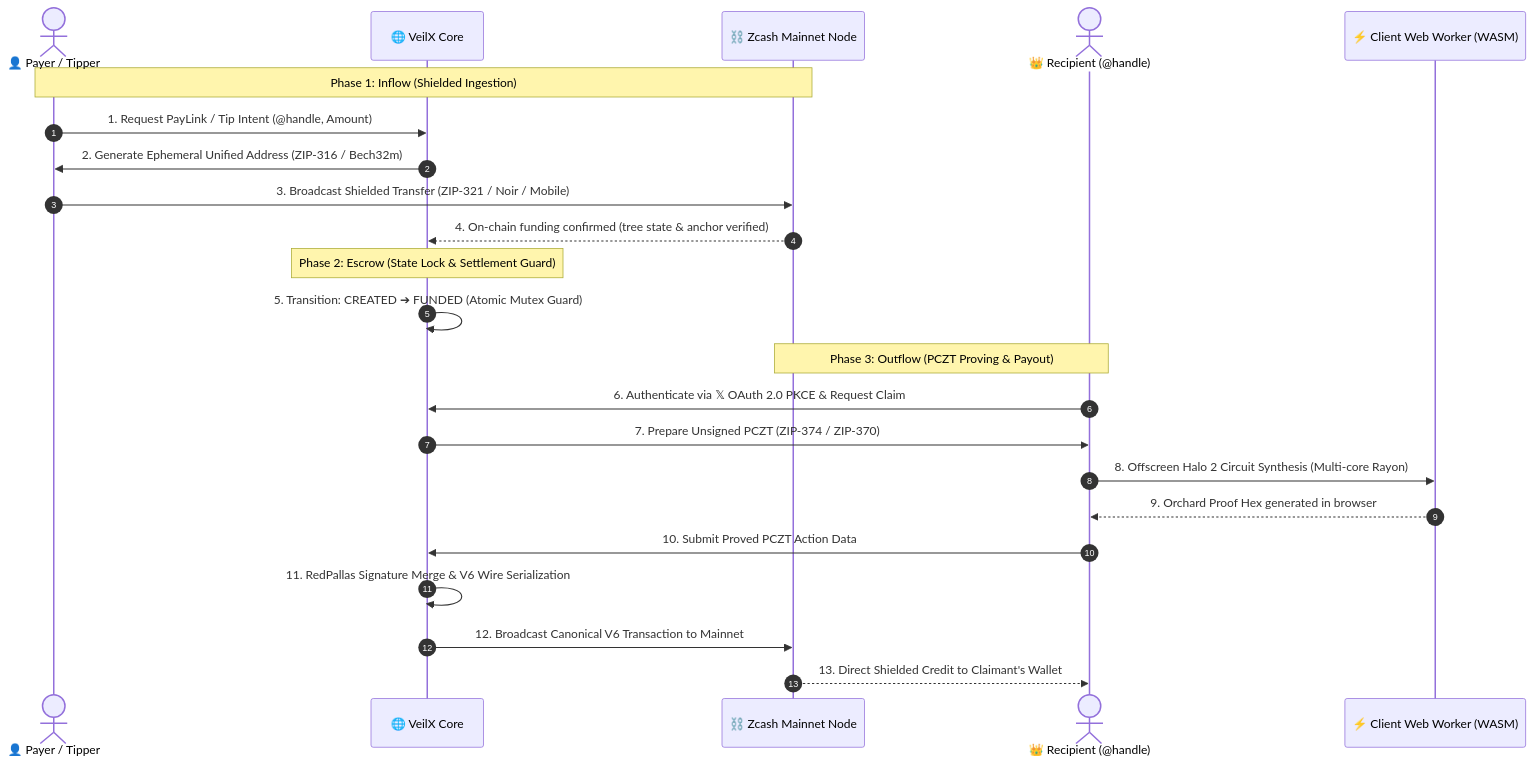
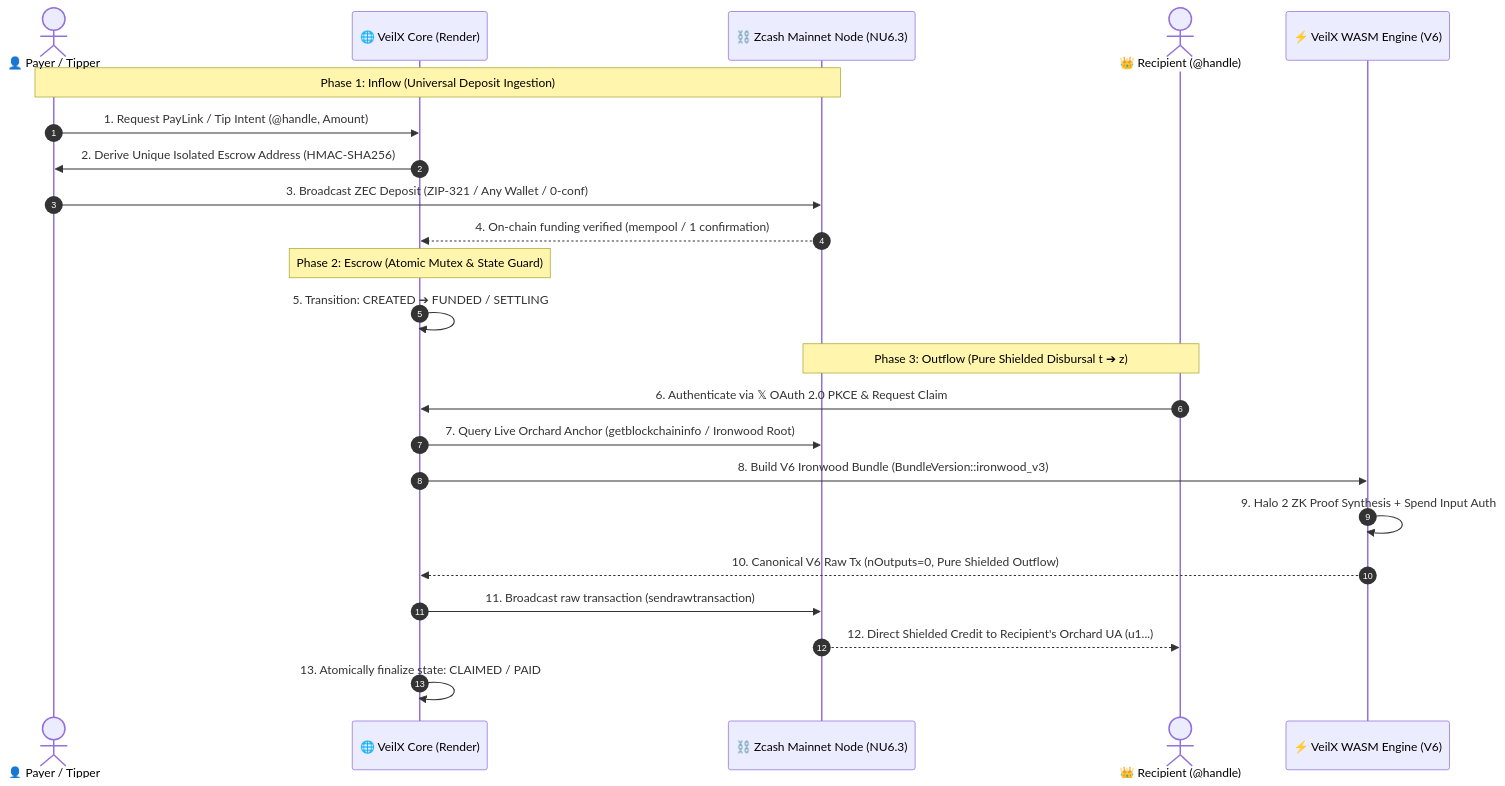
Before and after one commit to Expat-Q/VeilX: the first of 2 diagrams in README.md, drawn with Mermaid. The commit also changed other lines of this file, not shown here.

Commit message:
docs: align README architecture with deterministic escrow and V6 Ironwood shielded outflow

````diff
--- a/README.md
+++ b/README.md
@@ -92,28 +96,28 @@
 ```mermaid
 sequenceDiagram
     autonumber
     actor Payer as 👤 Payer / Tipper
-    participant VeilX as 🌐 VeilX Core
-    participant Node as ⛓️ Zcash Mainnet Node
-    actor Claimant as 👑 Recipient (@handle)
-    participant Worker as ⚡ Client Web Worker (WASM)
+    participant VeilX as 🌐 VeilX Core (Render)
+    participant Node as ⛓️ Zcash Mainnet Node (NU6.3)
+    actor Recipient as 👑 Recipient (@handle)
+    participant Wasm as ⚡ VeilX WASM Engine (V6)
 
-    Note over Payer,Node: Phase 1: Inflow (Shielded Ingestion)
+    Note over Payer,Node: Phase 1: Inflow (Universal Deposit Ingestion)
     Payer->>VeilX: 1. Request PayLink / Tip Intent (@handle, Amount)
-    VeilX->>Payer: 2. Generate Ephemeral Unified Address (ZIP-316 / Bech32m)
-    Payer->>Node: 3. Broadcast Shielded Transfer (ZIP-321 / Noir / Mobile)
-    Node-->>VeilX: 4. On-chain funding confirmed (tree state & anchor verified)
+    VeilX->>Payer: 2. Derive Unique Isolated Escrow Address (HMAC-SHA256)
+    Payer->>Node: 3. Broadcast ZEC Deposit (ZIP-321 / Any Wallet / 0-conf)
+    Node-->>VeilX: 4. On-chain funding verified (mempool / 1 confirmation)
 
-    Note over VeilX: Phase 2: Escrow (State Lock & Settlement Guard)
-    VeilX->>VeilX: 5. Transition: CREATED ➔ FUNDED (Atomic Mutex Guard)
+    Note over VeilX: Phase 2: Escrow (Atomic Mutex & State Guard)
+    VeilX->>VeilX: 5. Transition: CREATED ➔ FUNDED / SETTLING
 
-    Note over Claimant,Node: Phase 3: Outflow (PCZT Proving & Payout)
-    Claimant->>VeilX: 6. Authenticate via 𝕏 OAuth 2.0 PKCE & Request Claim
-    VeilX->>Claimant: 7. Prepare Unsigned PCZT (ZIP-374 / ZIP-370)
-    Claimant->>Worker: 8. Offscreen Halo 2 Circuit Synthesis (Multi-core Rayon)
-    Worker-->>Claimant: 9. Orchard Proof Hex generated in browser
-    Claimant->>VeilX: 10. Submit Proved PCZT Action Data
-    VeilX->>VeilX: 11. RedPallas Signature Merge & V6 Wire Serialization
-    VeilX->>Node: 12. Broadcast Canonical V6 Transaction to Mainnet
-    Node-->>Claimant: 13. Direct Shielded Credit to Claimant's Wallet
+    Note over Recipient,Node: Phase 3: Outflow (Pure Shielded Disbursal t ➔ z)
+    Recipient->>VeilX: 6. Authenticate via 𝕏 OAuth 2.0 PKCE & Request Claim
+    VeilX->>Node: 7. Query Live Orchard Anchor (getblockchaininfo / Ironwood Root)
+    VeilX->>Wasm: 8. Build V6 Ironwood Bundle (BundleVersion::ironwood_v3)
+    Wasm->>Wasm: 9. Halo 2 ZK Proof Synthesis + Spend Input Auth
+    Wasm-->>VeilX: 10. Canonical V6 Raw Tx (nOutputs=0, Pure Shielded Outflow)
+    VeilX->>Node: 11. Broadcast raw transaction (sendrawtransaction)
+    Node-->>Recipient: 12. Direct Shielded Credit to Recipient's Orchard UA (u1...)
+    VeilX->>VeilX: 13. Atomically finalize state: CLAIMED / PAID
 ```
````
